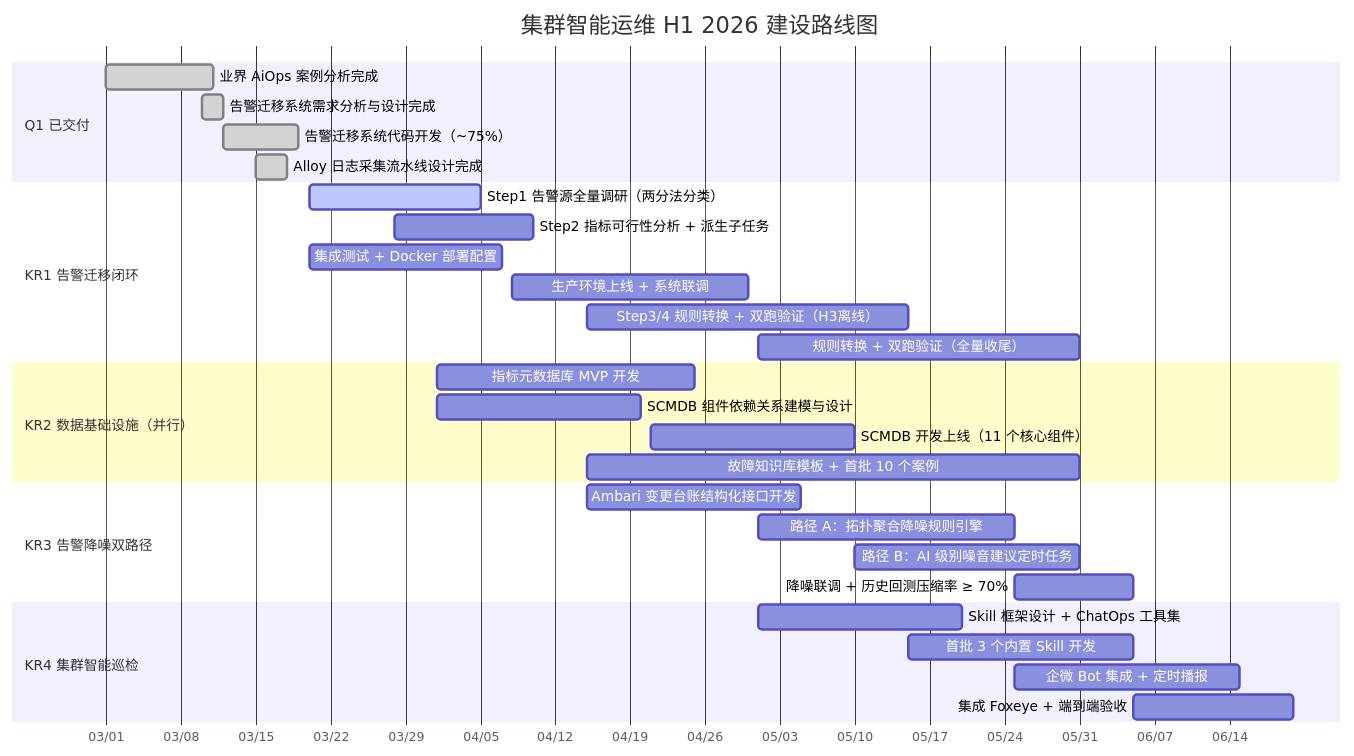
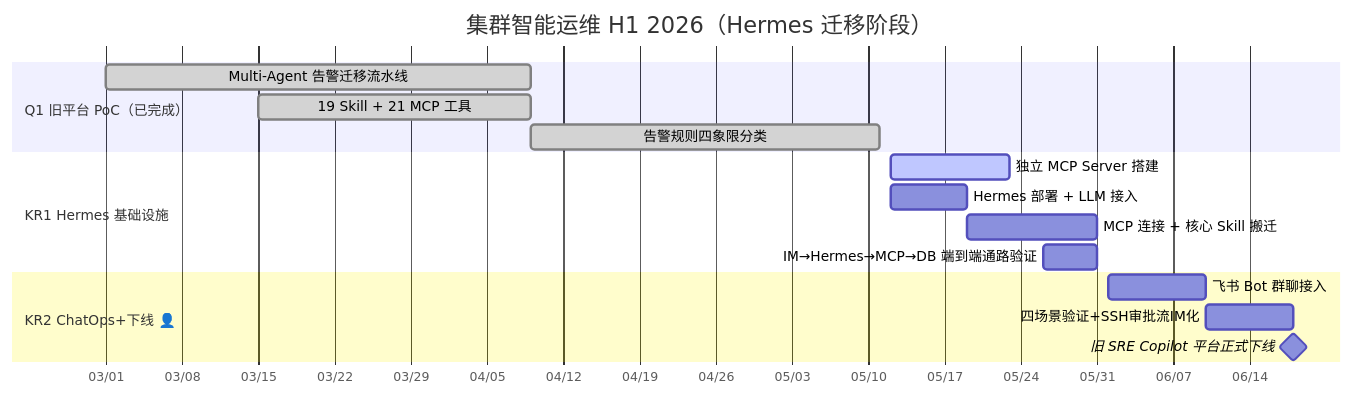
Before and after one commit to hpliStartAgain/my-brain: the fifth of 5 diagrams in content/工作管理/OKR/OKR-new/2026-H1-集群智能运维OKR.md, drawn with Mermaid. The commit also changed other lines of this file and 1430 other files, not shown here.

````diff
--- a/content/工作管理/OKR/OKR-new/2026-H1-集群智能运维OKR.md
+++ b/content/工作管理/OKR/OKR-new/2026-H1-集群智能运维OKR.md
@@ -368,38 +236,22 @@
 ```mermaid
 gantt
-    title 集群智能运维 H1 2026 建设路线图
+    title 集群智能运维 H1 2026（Hermes 迁移阶段）
     dateFormat YYYY-MM-DD
     axisFormat %m/%d
 
-    section Q1 已交付
-    业界 AiOps 案例分析完成              :done, q1a, 2026-03-01, 2026-03-11
-    告警迁移系统需求分析与设计完成        :done, q1b, 2026-03-10, 2026-03-12
-    告警迁移系统代码开发（~75%）         :done, q1c, 2026-03-12, 2026-03-19
-    Alloy 日志采集流水线设计完成          :done, q1d, 2026-03-15, 2026-03-18
+    section Q1 旧平台 PoC（已完成）
+    Multi-Agent 告警迁移流水线          :done, q1a, 2026-03-01, 2026-04-09
+    19 Skill + 21 MCP 工具            :done, q1b, 2026-03-15, 2026-04-09
+    告警规则四象限分类                  :done, q1c, 2026-04-09, 2026-05-11
 
-    section KR1 告警迁移闭环
-    Step1 告警源全量调研（两分法分类）    :active, k1a, 2026-03-20, 2026-04-05
-    Step2 指标可行性分析 + 派生子任务     :k1b, 2026-03-28, 2026-04-10
-    集成测试 + Docker 部署配置           :k1c, 2026-03-20, 2026-04-07
-    生产环境上线 + 系统联调              :k1d, 2026-04-08, 2026-04-30
-    Step3/4 规则转换 + 双跑验证（H3离线）:k1e, 2026-04-15, 2026-05-15
-    规则转换 + 双跑验证（全量收尾）      :k1f, 2026-05-01, 2026-05-31
+    section KR1 Hermes 基础设施
+    独立 MCP Server 搭建              :active, k1a, 2026-05-12, 2026-05-23
+    Hermes 部署 + LLM 接入            :k1b, 2026-05-12, 2026-05-19
+    MCP 连接 + 核心 Skill 搬迁         :k1c, 2026-05-19, 2026-05-31
+    IM→Hermes→MCP→DB 端到端通路验证   :k1d, 2026-05-26, 2026-05-31
 
-    section KR2 数据基础设施（并行）
-    指标元数据库 MVP 开发               :k2a, 2026-04-01, 2026-04-25
-    SCMDB 组件依赖关系建模与设计         :k2b, 2026-04-01, 2026-04-20
-    SCMDB 开发上线（11 个核心组件）      :k2c, 2026-04-21, 2026-05-10
-    故障知识库模板 + 首批 10 个案例      :k2d, 2026-04-15, 2026-05-31
-
-    section KR3 告警降噪双路径
-    Ambari 变更台账结构化接口开发        :k3a, 2026-04-15, 2026-05-05
-    路径 A：拓扑聚合降噪规则引擎         :k3b, 2026-05-01, 2026-05-25
-    路径 B：AI 级别噪音建议定时任务       :k3c, 2026-05-10, 2026-05-31
-    降噪联调 + 历史回测压缩率 ≥ 70%     :k3d, 2026-05-25, 2026-06-05
-
-    section KR4 集群智能巡检
-    Skill 框架设计 + ChatOps 工具集      :k4a, 2026-05-01, 2026-05-20
-    首批 3 个内置 Skill 开发             :k4b, 2026-05-15, 2026-06-05
-    企微 Bot 集成 + 定时播报             :k4c, 2026-05-25, 2026-06-15
-    集成 Foxeye + 端到端验收             :k4d, 2026-06-05, 2026-06-20
+    section KR2 ChatOps+下线 👤
+    飞书 Bot 群聊接入                  :k2a, 2026-06-01, 2026-06-10
+    四场景验证+SSH审批流IM化            :k2b, 2026-06-10, 2026-06-18
+    旧 SRE Copilot 平台正式下线        :milestone, k2c, 2026-06-18, 0d
 ```
````
